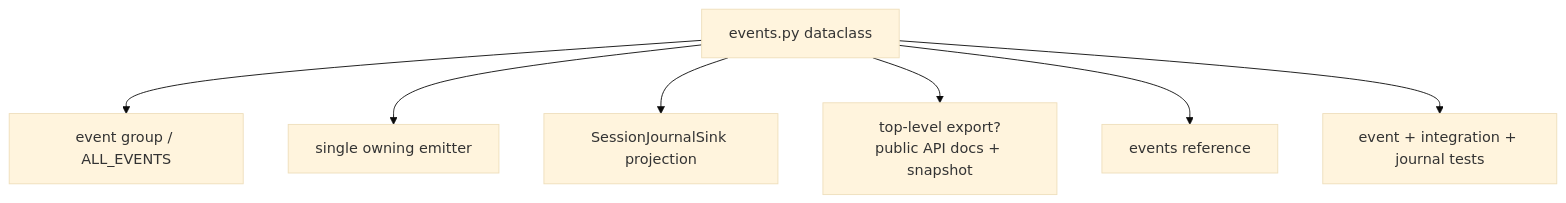
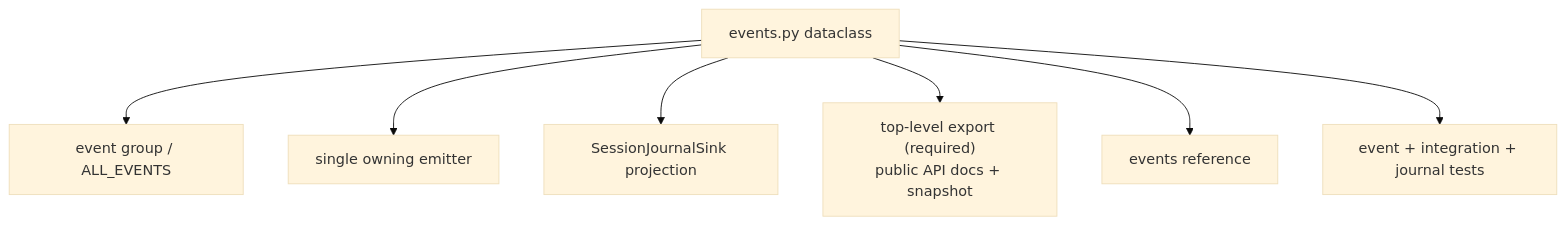
Before and after one commit to yisding/easycat: the third of 7 diagrams in docs/development/10-guided-change-recipes.md, drawn with Mermaid (base theme). The commit also changed other lines of this file and 81 other files, not shown here.

````diff
--- a/docs/development/10-guided-change-recipes.md
+++ b/docs/development/10-guided-change-recipes.md
@@ -99,17 +99,17 @@
 ```mermaid
 flowchart TD
     EVENT["events.py dataclass"]
     GROUP["event group / ALL_EVENTS"]
     EMITTER["single owning emitter"]
     SINK["SessionJournalSink projection"]
-    PUBLIC["top-level export?\npublic API docs + snapshot"]
+    PUBLIC["top-level export (required)\npublic API docs + snapshot"]
     REF["events reference"]
     TESTS["event + integration + journal tests"]
 
     EVENT --> GROUP
     EVENT --> EMITTER
     EVENT --> SINK
     EVENT --> PUBLIC
     EVENT --> REF
     EVENT --> TESTS
 ```
````
